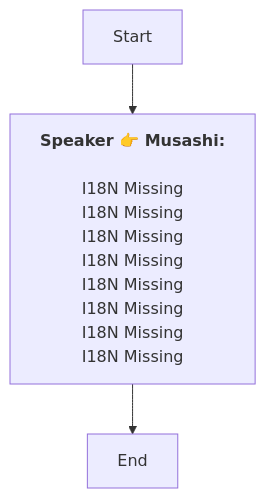
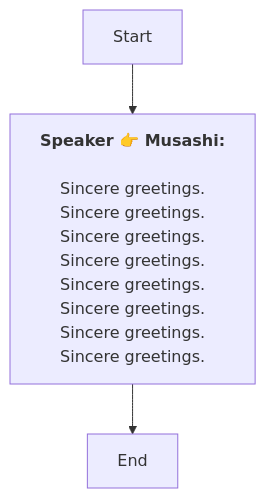
Before and after one commit to SoftHu/tos_avg: the diagram in En/NatsuMatsuriTalk.md, drawn with Mermaid. The commit also changed 199 other files, not shown here.

````diff
--- a/En/NatsuMatsuriTalk.md
+++ b/En/NatsuMatsuriTalk.md
@@ -1,15 +1,15 @@
 ```mermaid
 graph
 Start -->1754552818964928[<b>Speaker 👉 Musashi:</b>
 
-I18N Missing
-I18N Missing
-I18N Missing
-I18N Missing
-I18N Missing
-I18N Missing
-I18N Missing
-I18N Missing]
+Sincere greetings.
+Sincere greetings.
+Sincere greetings.
+Sincere greetings.
+Sincere greetings.
+Sincere greetings.
+Sincere greetings.
+Sincere greetings.]
 1754552818964928 -->1754552866948545[End]
 
  ```
````
